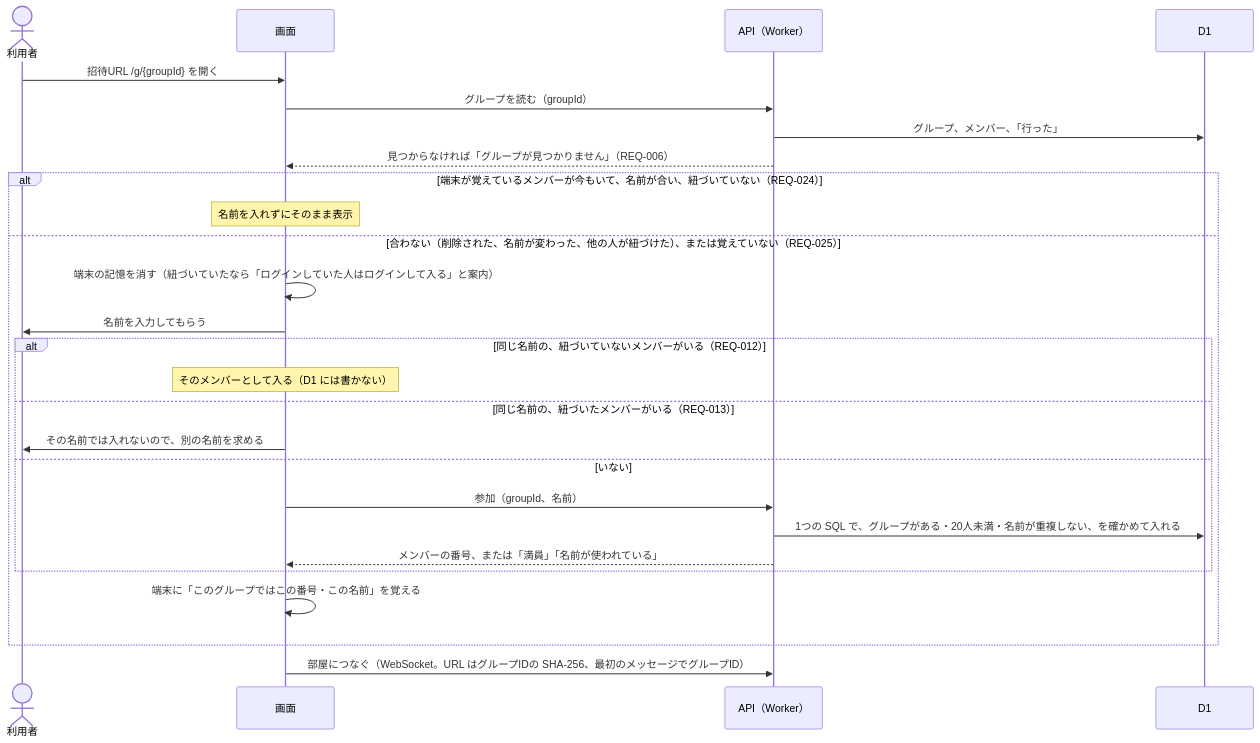
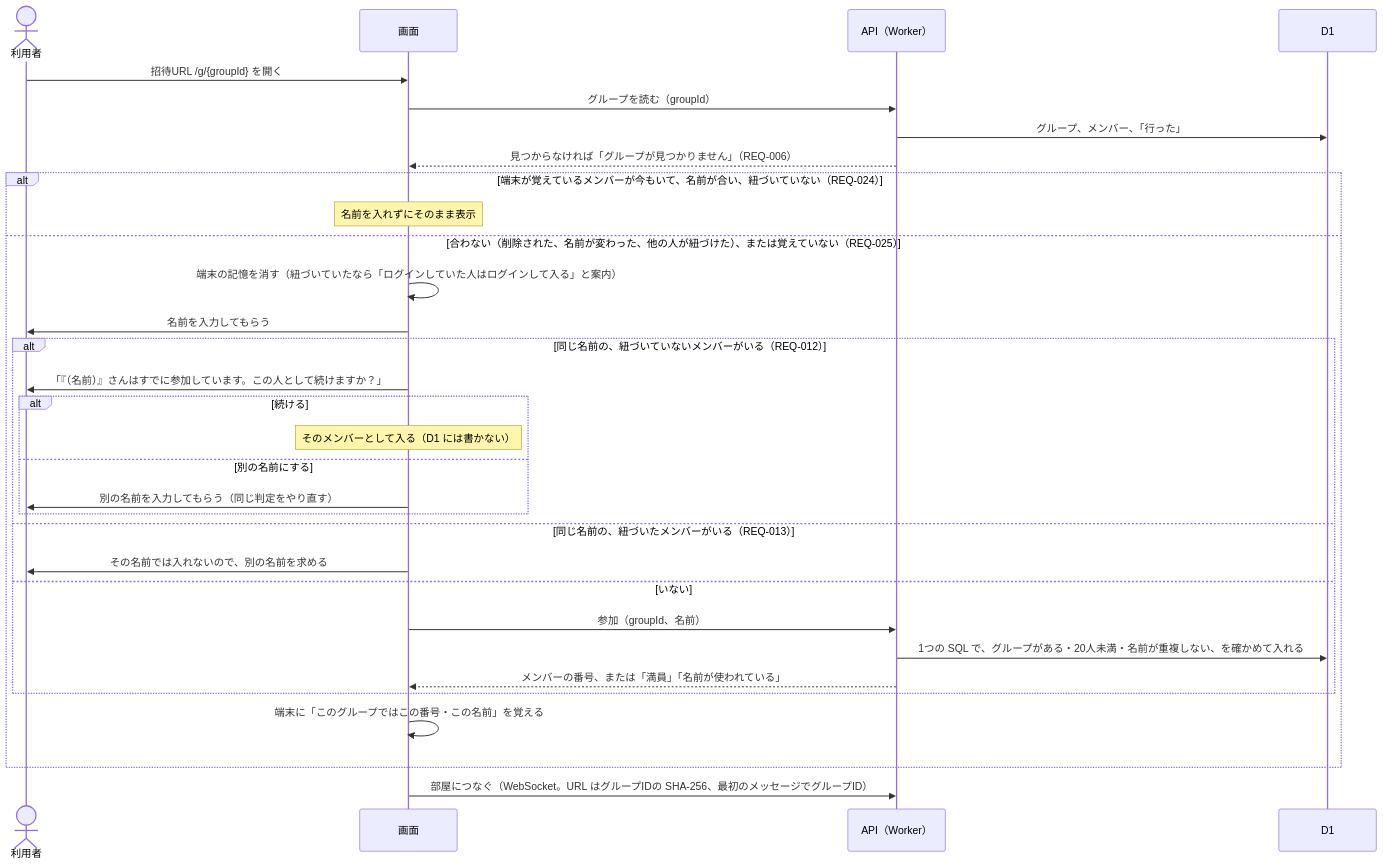
One commit to yuppy52/tabikaigi-map changed the first of 4 diagrams in docs/design/auth-flow.md. Above: the diagram before and after it, drawn with Mermaid. The commit also changed other lines of this file and 9 other files, not shown here.

````diff
--- a/docs/design/auth-flow.md
+++ b/docs/design/auth-flow.md
@@ -17,29 +17,34 @@
 ```mermaid
 sequenceDiagram
   actor U as 利用者
   participant App as 画面
   participant API as API（Worker）
   participant DB as D1
 
   U->>App: 招待URL /g/{groupId} を開く
   App->>API: グループを読む（groupId）
   API->>DB: グループ、メンバー、「行った」
   API-->>App: 見つからなければ「グループが見つかりません」（REQ-006）
   alt 端末が覚えているメンバーが今もいて、名前が合い、紐づいていない（REQ-024）
     Note over App: 名前を入れずにそのまま表示
   else 合わない（削除された、名前が変わった、他の人が紐づけた）、または覚えていない（REQ-025）
     App->>App: 端末の記憶を消す（紐づいていたなら「ログインしていた人はログインして入る」と案内）
     App->>U: 名前を入力してもらう
     alt 同じ名前の、紐づいていないメンバーがいる（REQ-012）
-      Note over App: そのメンバーとして入る（D1 には書かない）
+      App->>U: 「『（名前）』さんはすでに参加しています。この人として続けますか？」
+      alt 続ける
+        Note over App: そのメンバーとして入る（D1 には書かない）
+      else 別の名前にする
+        App->>U: 別の名前を入力してもらう（同じ判定をやり直す）
+      end
     else 同じ名前の、紐づいたメンバーがいる（REQ-013）
       App->>U: その名前では入れないので、別の名前を求める
     else いない
       App->>API: 参加（groupId、名前）
       API->>DB: 1つの SQL で、グループがある・20人未満・名前が重複しない、を確かめて入れる
       API-->>App: メンバーの番号、または「満員」「名前が使われている」
     end
     App->>App: 端末に「このグループではこの番号・この名前」を覚える
   end
   App->>API: 部屋につなぐ（WebSocket。URL はグループIDの SHA-256、最初のメッセージでグループID）
 ```
````
